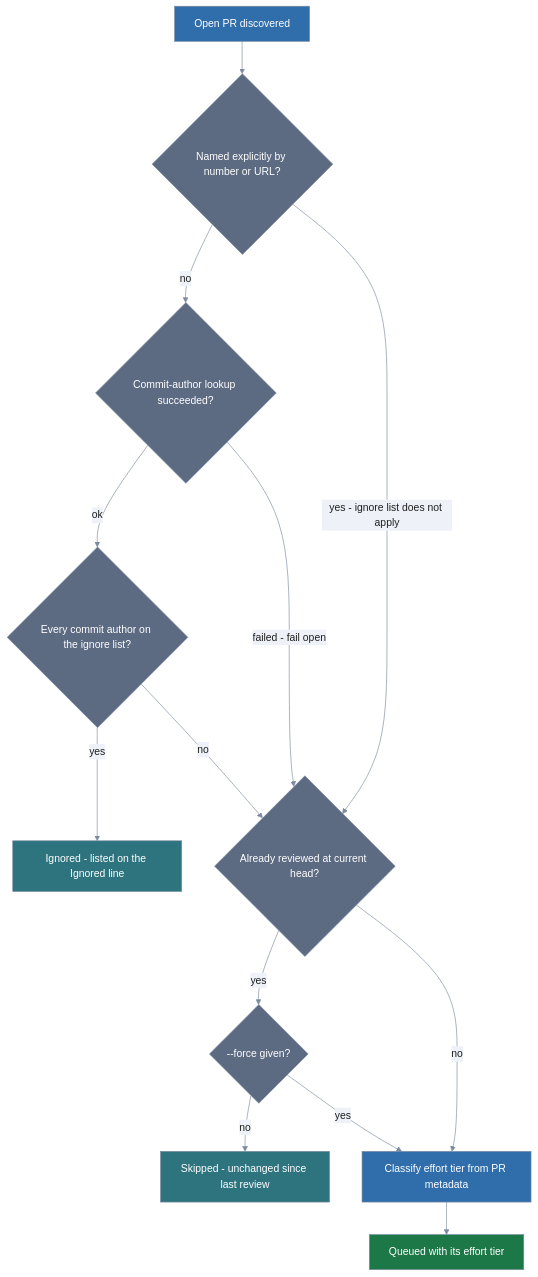
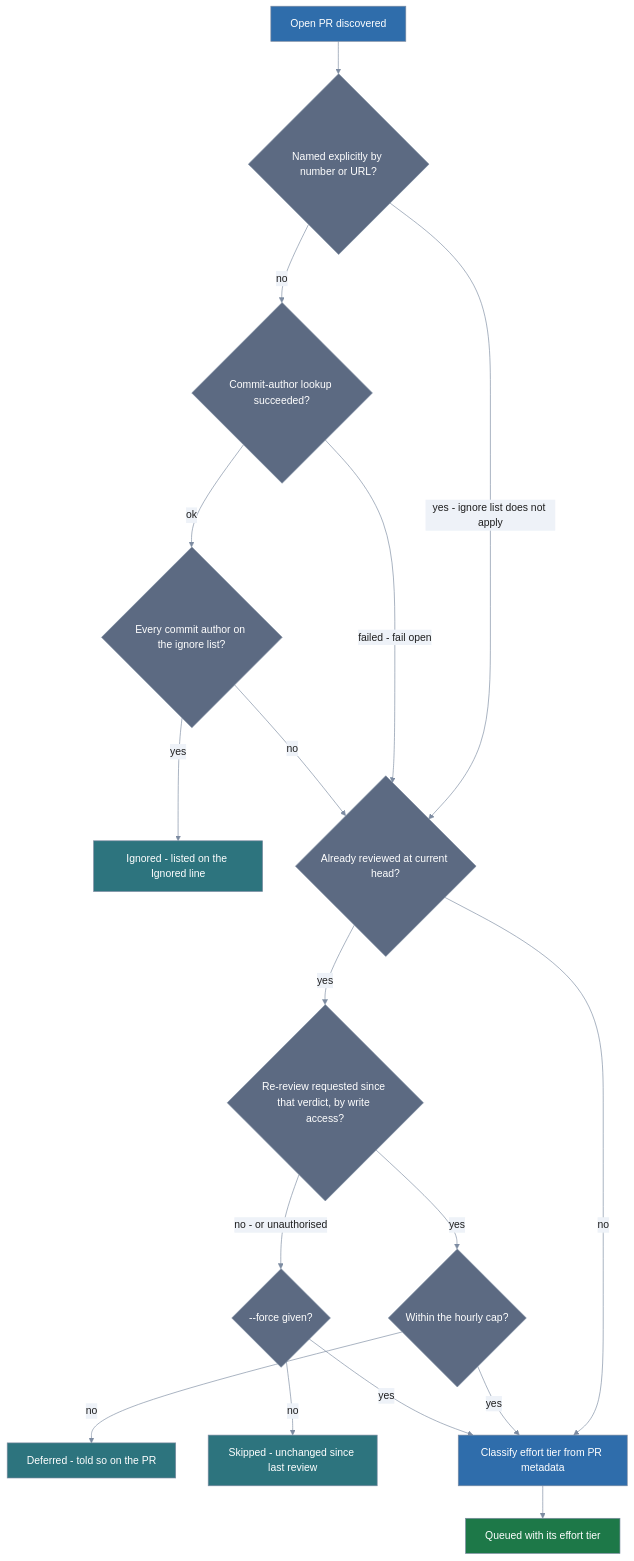
One commit to lolables/lola-mod-review-council changed the diagram in docs/batch-reviewing-prs.md. Above: the diagram before and after it, drawn with Mermaid. The commit also changed other lines of this file and 4 other files, not shown here.

````diff
--- a/docs/batch-reviewing-prs.md
+++ b/docs/batch-reviewing-prs.md
@@ -48,51 +53,58 @@
 ```mermaid
 %%{init: {'theme': 'base', 'themeVariables': {
   'primaryColor': '#2f6dab',
   'primaryTextColor': '#1e1e1e',
   'primaryBorderColor': '#7c8ba1',
   'lineColor': '#7c8ba1',
   'edgeLabelBackground': '#eef2f8',
   'tertiaryColor': 'transparent',
   'tertiaryTextColor': '#7c8ba1',
   'tertiaryBorderColor': '#7c8ba1',
   'clusterBkg': 'transparent',
   'clusterBorder': '#7c8ba1',
   'titleColor': '#7c8ba1',
   'noteBkgColor': '#eef2f8',
   'noteTextColor': '#1e1e1e',
   'fontFamily': 'system-ui, sans-serif'
 }, 'themeCSS': '.node .nodeLabel{color:#ffffff!important;fill:#ffffff!important;}'}}%%
 flowchart TD
   pr["Open PR discovered"]
   named{"Named explicitly by number or URL?"}
   lookup{"Commit-author lookup succeeded?"}
   bots{"Every commit author on the ignore list?"}
   ignored["Ignored - listed on the Ignored line"]
   seen{"Already reviewed at current head?"}
+  asked{"Re-review requested since that verdict, by write access?"}
+  cap{"Within the hourly cap?"}
+  deferred["Deferred - told so on the PR"]
   forced{"--force given?"}
   skipped["Skipped - unchanged since last review"]
   tier["Classify effort tier from PR metadata"]
   queued["Queued with its effort tier"]
 
   pr --> named
   named -->|yes - ignore list does not apply| seen
   named -->|no| lookup
   lookup -->|failed - fail open| seen
   lookup -->|ok| bots
   bots -->|yes| ignored
   bots -->|no| seen
-  seen -->|yes| forced
+  seen -->|yes| asked
   seen -->|no| tier
+  asked -->|yes| cap
+  asked -->|no - or unauthorised| forced
+  cap -->|yes| tier
+  cap -->|no| deferred
   forced -->|yes| tier
   forced -->|no| skipped
   tier --> queued
 
   classDef sysA fill:#2f6dab,color:#ffffff,stroke:#7c8ba1
   classDef sysB fill:#1d7848,color:#ffffff,stroke:#7c8ba1
   classDef sysD fill:#2d747e,color:#ffffff,stroke:#7c8ba1
   classDef sysF fill:#5c6a82,color:#ffffff,stroke:#7c8ba1
   class pr,tier sysA
   class queued sysB
-  class ignored,skipped sysD
-  class named,lookup,bots,seen,forced sysF
+  class ignored,skipped,deferred sysD
+  class named,lookup,bots,seen,asked,cap,forced sysF
 ```
````
